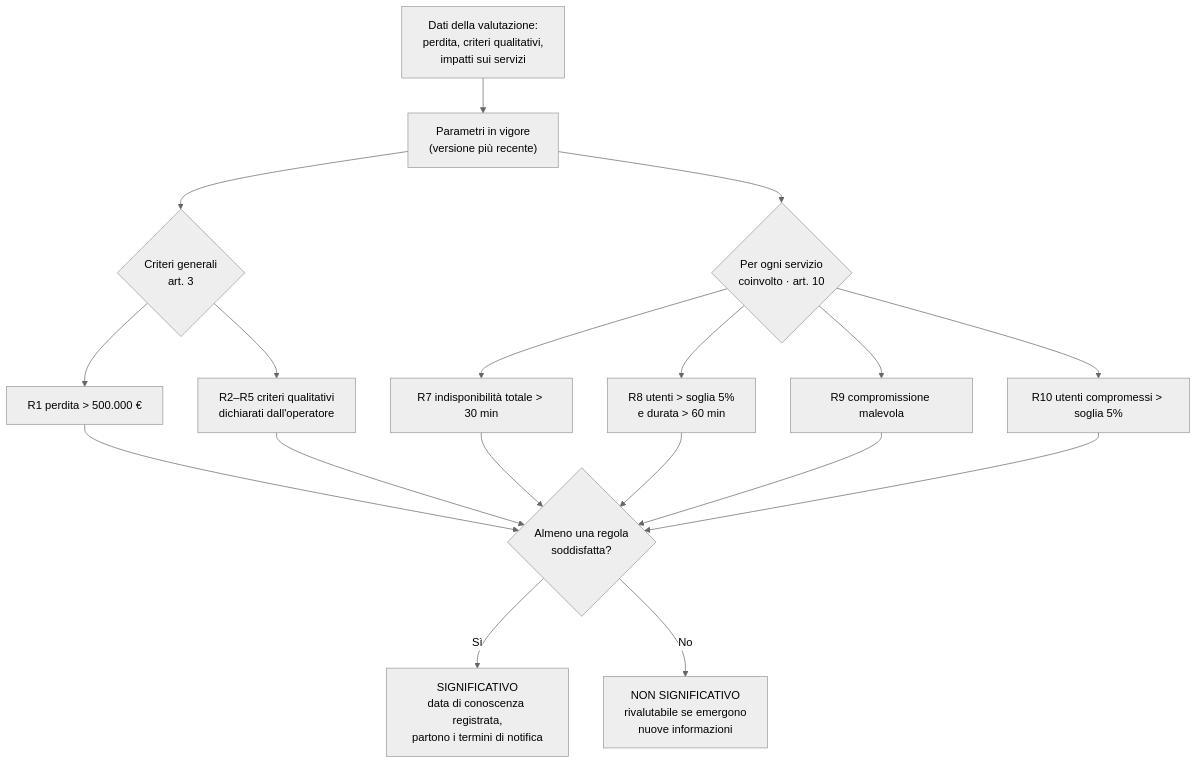
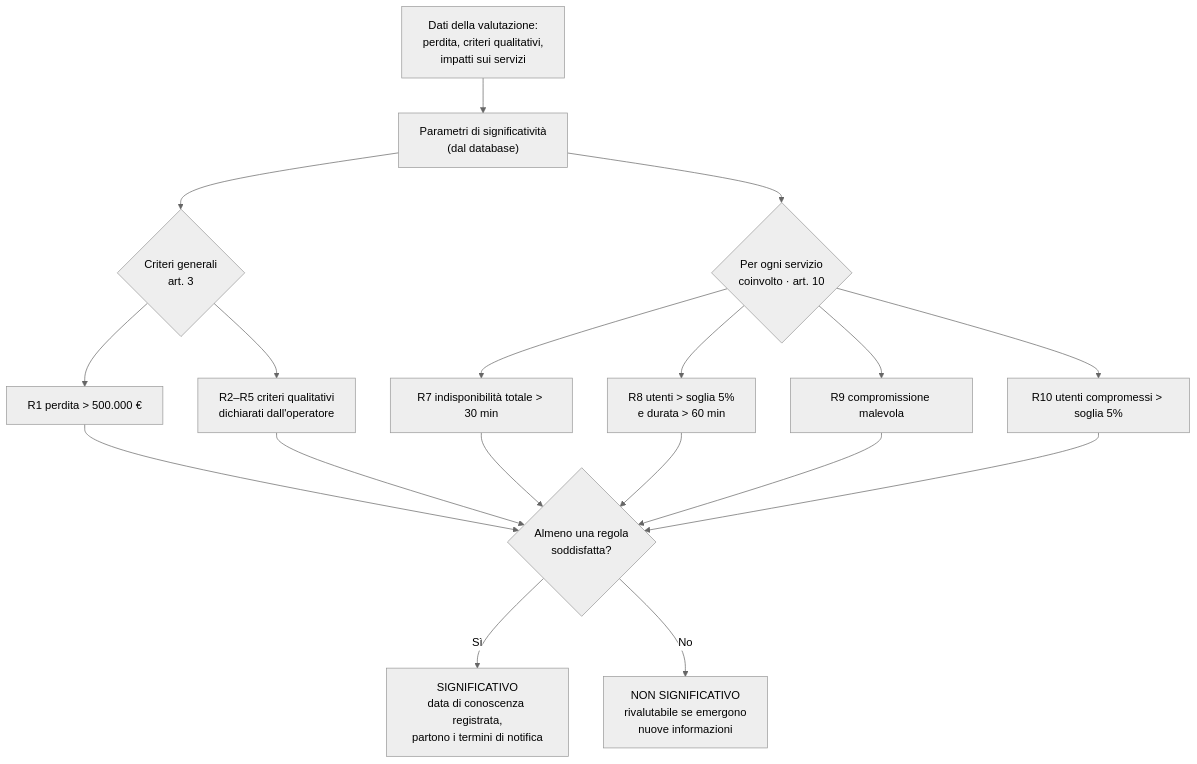
The diagram in docs/regole-significativita.md (maloisio-ghub/csirt-notifiche-nis2-pw), drawn with Mermaid (neutral theme) before and after one commit. The commit also changed other lines of this file and 12 other files, not shown here.

Commit message:
Parametri di significatività

````diff
--- a/docs/regole-significativita.md
+++ b/docs/regole-significativita.md
@@ -39,20 +39,20 @@
 ```mermaid
 flowchart TD
-    A["Dati della valutazione:<br/>perdita, criteri qualitativi,<br/>impatti sui servizi"] --> B["Parametri in vigore<br/>(versione più recente)"]
+    A["Dati della valutazione:<br/>perdita, criteri qualitativi,<br/>impatti sui servizi"] --> B["Parametri di significatività<br/>(dal database)"]
     B --> C{"Criteri generali<br/>art. 3"}
     C --> R1["R1 perdita > 500.000 €"]
     C --> R25["R2–R5 criteri qualitativi<br/>dichiarati dall'operatore"]
     B --> D{"Per ogni servizio<br/>coinvolto · art. 10"}
     D --> R7["R7 indisponibilità totale > 30 min"]
     D --> R8["R8 utenti > soglia 5%<br/>e durata > 60 min"]
     D --> R9["R9 compromissione malevola"]
     D --> R10["R10 utenti compromessi > soglia 5%"]
     R1 --> E{"Almeno una regola<br/>soddisfatta?"}
     R25 --> E
     R7 --> E
     R8 --> E
     R9 --> E
     R10 --> E
     E -- Sì --> F["SIGNIFICATIVO<br/>data di conoscenza registrata,<br/>partono i termini di notifica"]
     E -- No --> G["NON SIGNIFICATIVO<br/>rivalutabile se emergono<br/>nuove informazioni"]
 ```
````
